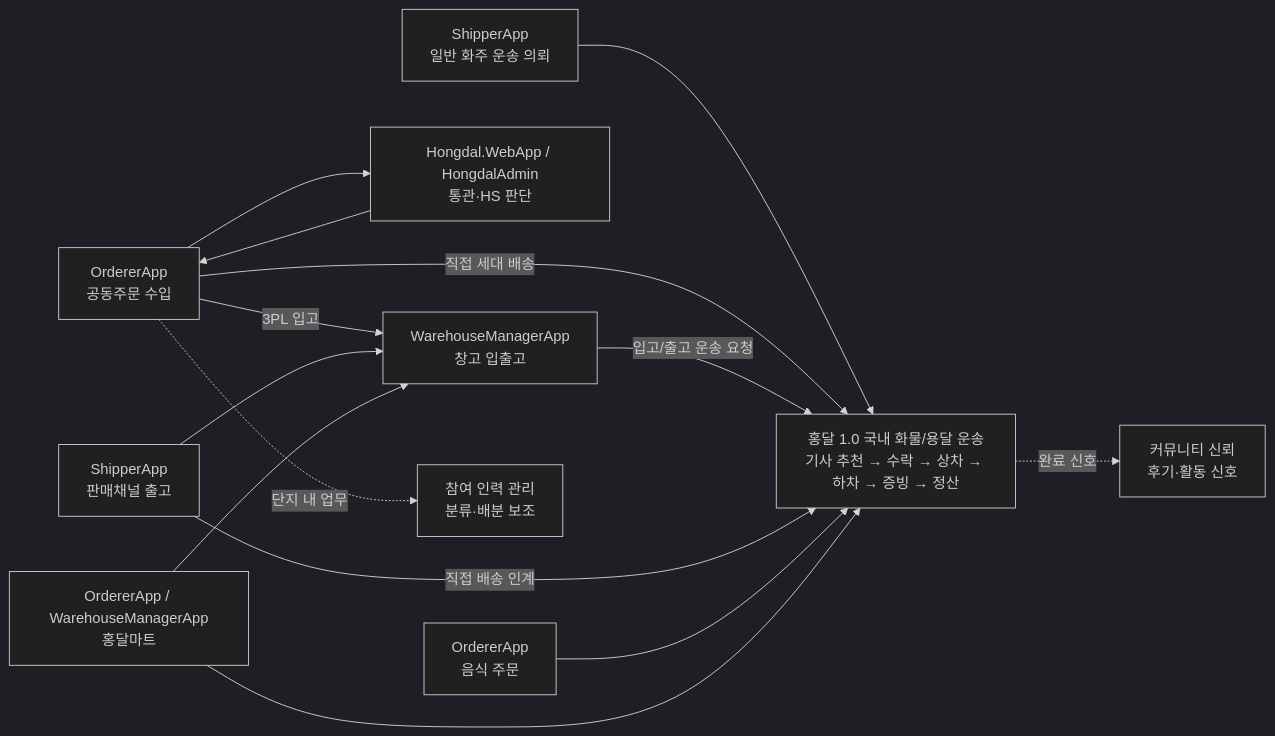
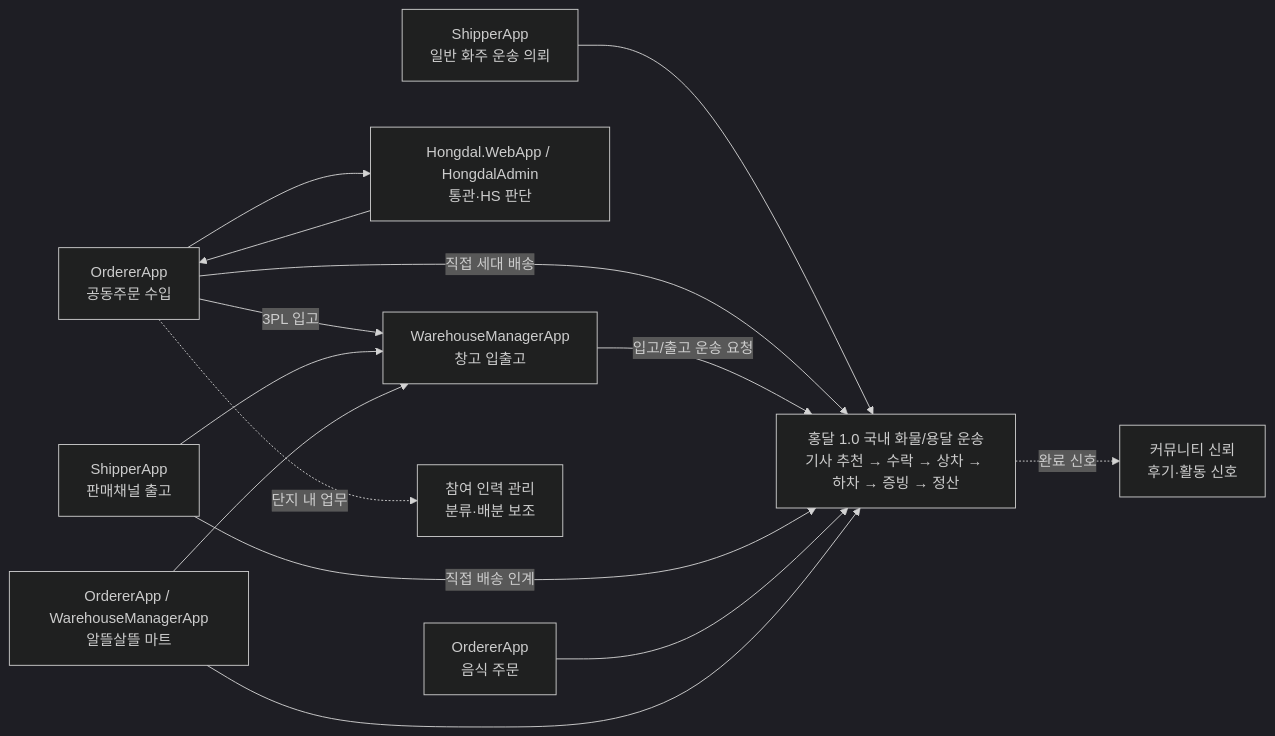
One commit to cheolwo/hongdal changed the second of 9 diagrams in docs/ProjectOverview/workflow-app-screen-map.md. Above: the diagram before and after it, drawn with Mermaid (dark theme). The commit also changed other lines of this file and 39 other files, not shown here.

````diff
--- a/docs/ProjectOverview/workflow-app-screen-map.md
+++ b/docs/ProjectOverview/workflow-app-screen-map.md
@@ -54,26 +54,26 @@
 ```mermaid
 flowchart LR
     Core["홍달 1.0 국내 화물/용달 운송<br/>기사 추천 → 수락 → 상차 → 하차 → 증빙 → 정산"]
     Shipper["ShipperApp<br/>일반 화주 운송 의뢰"]
     Group["OrdererApp<br/>공동주문 수입"]
     Customs["Hongdal.WebApp / HongdalAdmin<br/>통관·HS 판단"]
     Warehouse["WarehouseManagerApp<br/>창고 입출고"]
     Sales["ShipperApp<br/>판매채널 출고"]
     Food["OrdererApp<br/>음식 주문"]
-    Mart["OrdererApp / WarehouseManagerApp<br/>홍달마트"]
+    Mart["OrdererApp / WarehouseManagerApp<br/>알뜰살뜰 마트"]
     Community["커뮤니티 신뢰<br/>후기·활동 신호"]
     HR["참여 인력 관리<br/>분류·배분 보조"]
 
     Shipper --> Core
     Group --> Customs --> Group
     Group -->|직접 세대 배송| Core
     Group -->|3PL 입고| Warehouse
     Warehouse -->|입고/출고 운송 요청| Core
     Sales --> Warehouse
     Sales -->|직접 배송 인계| Core
     Food --> Core
     Mart --> Warehouse
     Mart --> Core
     Core -.완료 신호.-> Community
     Group -.단지 내 업무.-> HR
 ```
````
